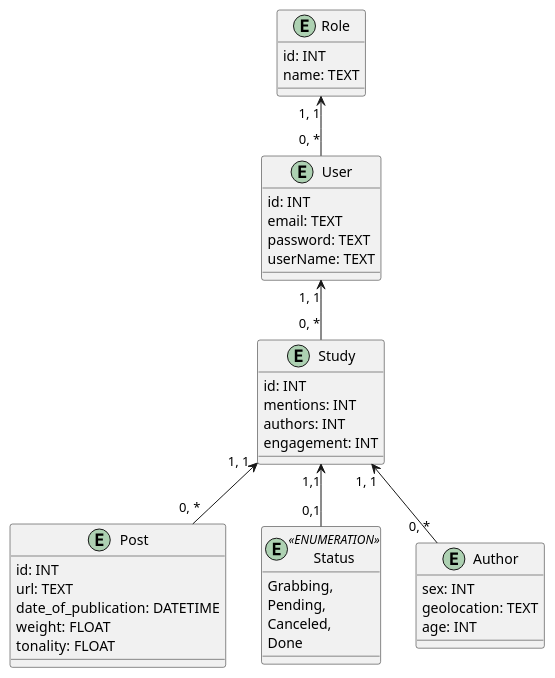
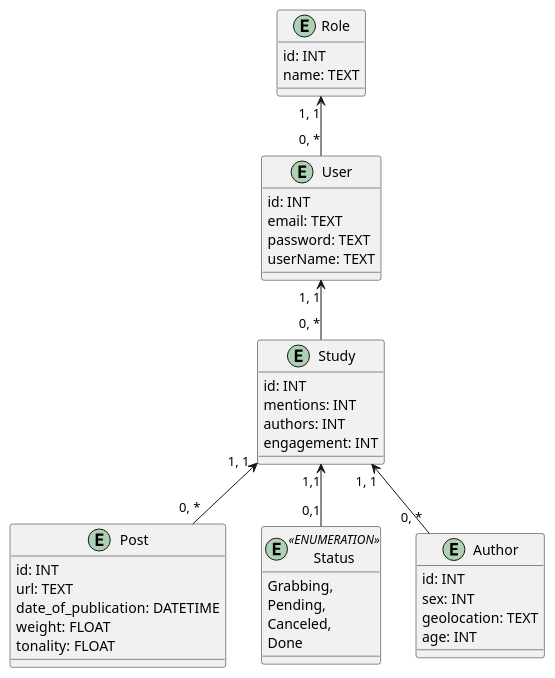
The second of 2 diagrams in docs/design/README.md (kpi-wolves/edu_db_labs), drawn with PlantUML before and after one commit.

Commit message:
fix: Add author.id to ER diagram

```diff
--- a/docs/design/README.md
+++ b/docs/design/README.md
@@ -80,49 +80,50 @@
 @startuml 
 
 entity Role  {
   id: INT 
   name: TEXT 
 }
 
 entity User { 
   id: INT 
   email: TEXT 
   password: TEXT 
   userName: TEXT  
 }
 
 entity Study  {  
   id: INT  
   mentions: INT
   authors: INT
   engagement: INT
 }
 
 entity Post {
   id: INT
   url: TEXT
   date_of_publication: DATETIME
   weight: FLOAT
   tonality: FLOAT
 }
 
 entity Status <<ENUMERATION>>{
   Grabbing,
   Pending,
   Canceled,
   Done
 }
 
 entity Author {
+  id: INT
   sex: INT
   geolocation: TEXT
   age: INT
 }
 
 Role "1, 1" <-- "0, *" User  
 User "1, 1" <-- "0, *" Study
 Study "1, 1" <-- "0, *" Post
 Study "1, 1" <-- "0, *" Author
 Study "1,1" <-- "0,1" Status
 
 @enduml
```
